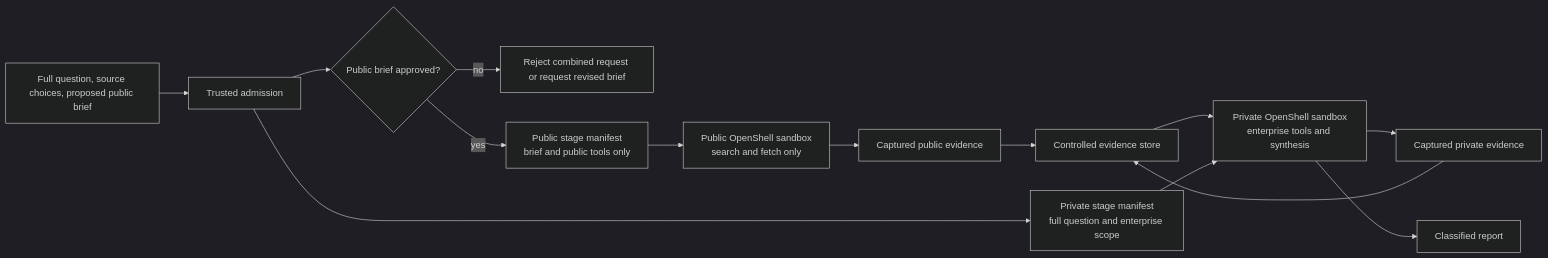
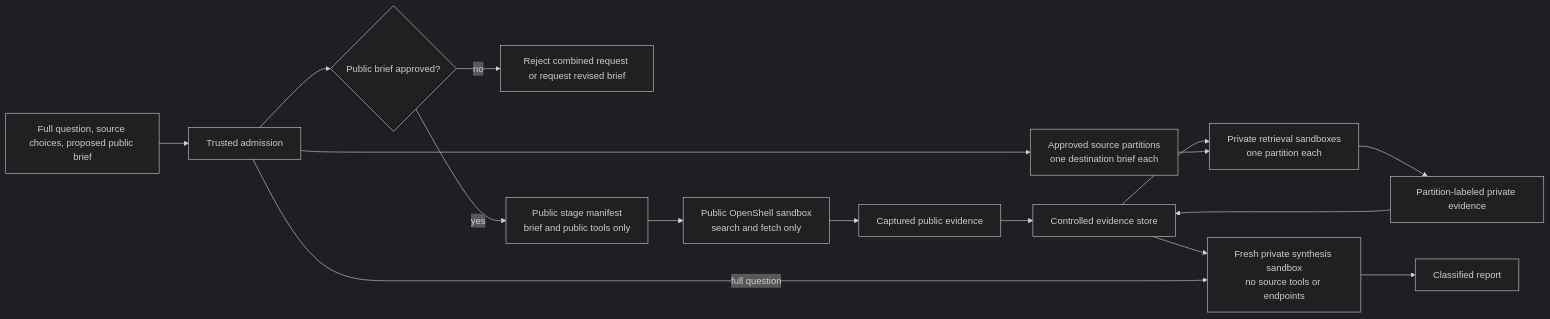
Before and after one commit to gvaibhav/openshell-deep-research-platform: the seventh of 9 diagrams in docs/design/research-and-evidence.md, drawn with Mermaid (dark theme). The commit also changed other lines of this file and 48 other files, not shown here.

````diff
--- a/docs/design/research-and-evidence.md
+++ b/docs/design/research-and-evidence.md
@@ -237,16 +295,18 @@
 ```mermaid
 flowchart LR
     User[Full question, source choices, proposed public brief] --> Admission[Trusted admission]
     Admission --> Safe{Public brief approved?}
     Safe -->|no| Revise[Reject combined request or request revised brief]
     Safe -->|yes| PublicManifest[Public stage manifest<br/>brief and public tools only]
     PublicManifest --> Public[Public OpenShell sandbox<br/>search and fetch only]
     Public --> PublicEvidence[Captured public evidence]
     PublicEvidence --> Store[Controlled evidence store]
-    Store --> Private[Private OpenShell sandbox<br/>enterprise tools and synthesis]
-    Admission --> PrivateManifest[Private stage manifest<br/>full question and enterprise scope]
-    PrivateManifest --> Private
-    Private --> PrivateEvidence[Captured private evidence]
+    Admission --> Partitions[Approved source partitions<br/>one destination brief each]
+    Store --> Retrieve[Private retrieval sandboxes<br/>one partition each]
+    Partitions --> Retrieve
+    Retrieve --> PrivateEvidence[Partition-labeled private evidence]
     PrivateEvidence --> Store
-    Private --> Final[Classified report]
+    Store --> Synthesis[Fresh private synthesis sandbox<br/>no source tools or endpoints]
+    Admission -->|full question| Synthesis
+    Synthesis --> Final[Classified report]
 ```
````
